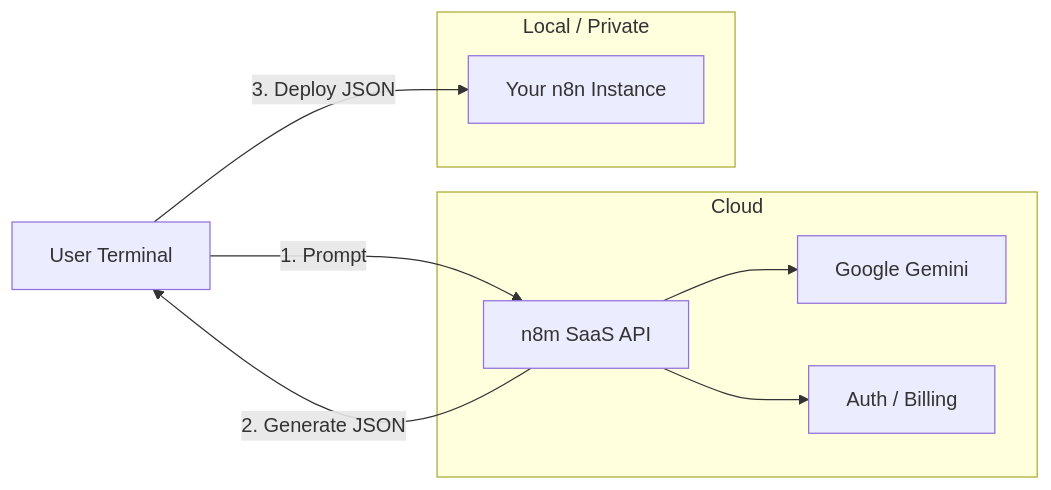
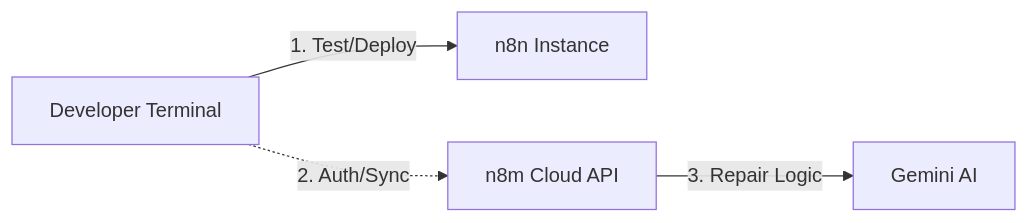
The diagram in README.md (Lee-Holdings-International/n8m), drawn with Mermaid before and after one commit. The commit also changed other lines of this file and 24 other files, not shown here.

````diff
--- a/README.md
+++ b/README.md
@@ -84,15 +96,11 @@
 ```mermaid
 graph LR
-    User[User Terminal] -->|1. Prompt| SaaS[n8m SaaS API]
-    SaaS -->|2. Generate JSON| User
-    User -->|3. Deploy JSON| n8n[Your n8n Instance]
-    
-    subgraph Cloud
-    SaaS --> Gemini[Google Gemini]
-    SaaS --> Supabase[Auth / Billing]
-    end
-    
-    subgraph Local / Private
-    n8n
-    end
+    User[Developer Terminal]
+    n8n[n8n Instance]
+    SaaS[n8m Cloud API]
+    AI[Gemini AI]
+
+    User -->|1. Test/Deploy| n8n
+    User -.->|2. Auth/Sync| SaaS
+    SaaS -->|3. Repair Logic| AI
 ```
````
